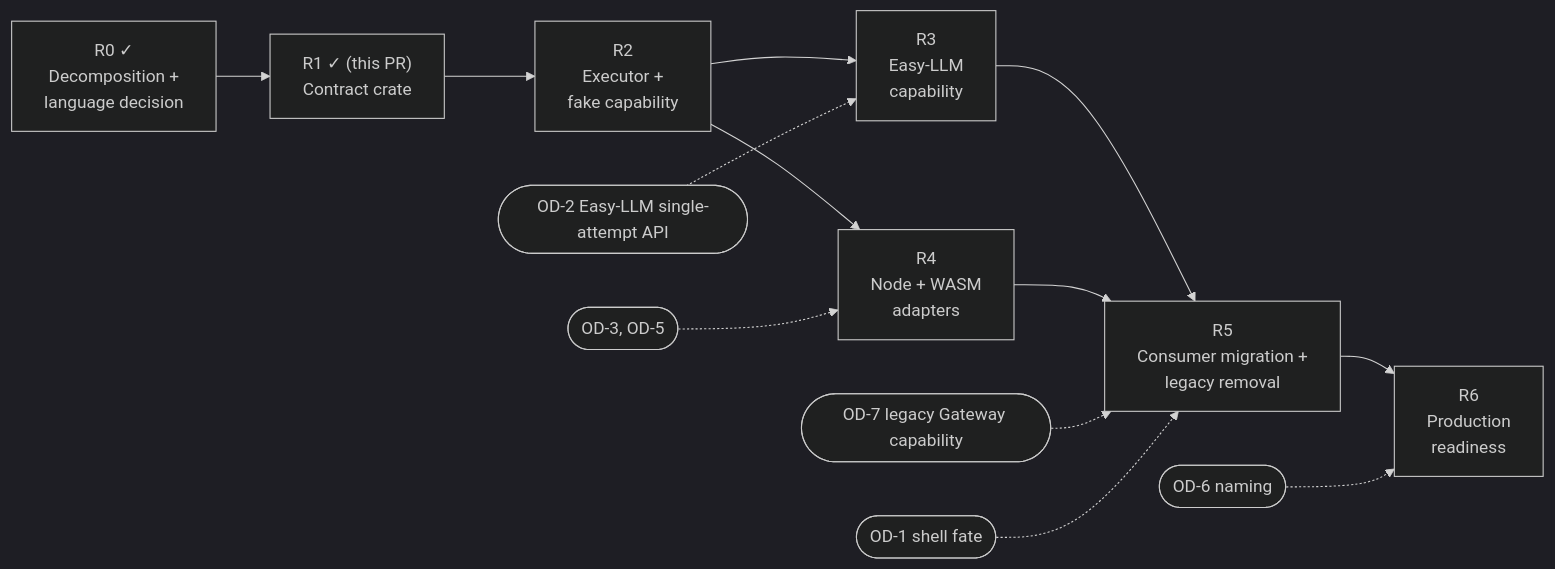
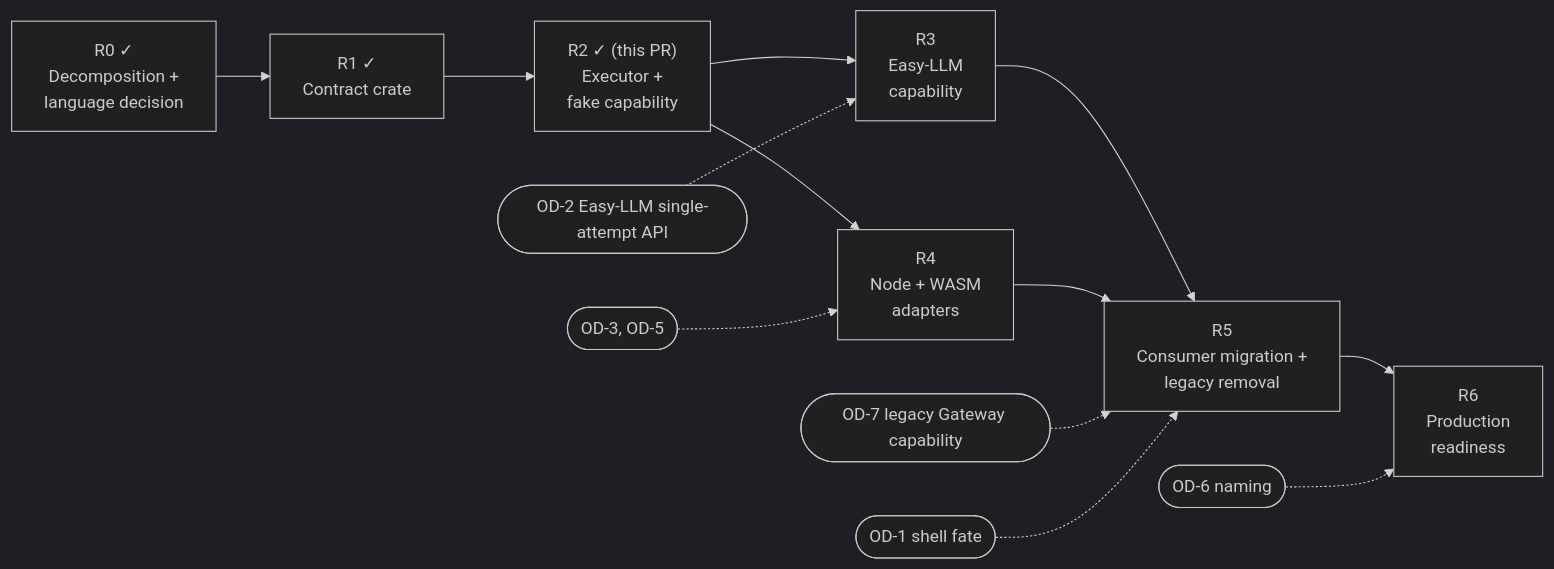
The diagram in docs/rebuild/ROADMAP.md (rkendel1/fx), drawn with Mermaid (dark theme) before and after one commit. The commit also changed other lines of this file and 45 other files, not shown here.

````diff
--- a/docs/rebuild/ROADMAP.md
+++ b/docs/rebuild/ROADMAP.md
@@ -7,15 +7,15 @@
 ```mermaid
 flowchart LR
-  R0["R0 ✓<br/>Decomposition +<br/>language decision"] --> R1["R1 ✓ (this PR)<br/>Contract crate"]
-  R1 --> R2["R2<br/>Executor +<br/>fake capability"]
+  R0["R0 ✓<br/>Decomposition +<br/>language decision"] --> R1["R1 ✓<br/>Contract crate"]
+  R1 --> R2["R2 ✓ (this PR)<br/>Executor +<br/>fake capability"]
   R2 --> R3["R3<br/>Easy-LLM<br/>capability"]
   R2 --> R4["R4<br/>Node + WASM<br/>adapters"]
   R3 --> R5["R5<br/>Consumer migration +<br/>legacy removal"]
   R4 --> R5
   R5 --> R6["R6<br/>Production<br/>readiness"]
   OD2(["OD-2 Easy-LLM single-attempt API"]) -.-> R3
   OD7(["OD-7 legacy Gateway capability"]) -.-> R5
   OD3(["OD-3, OD-5"]) -.-> R4
   OD1(["OD-1 shell fate"]) -.-> R5
   OD6(["OD-6 naming"]) -.-> R6
 ```
````
